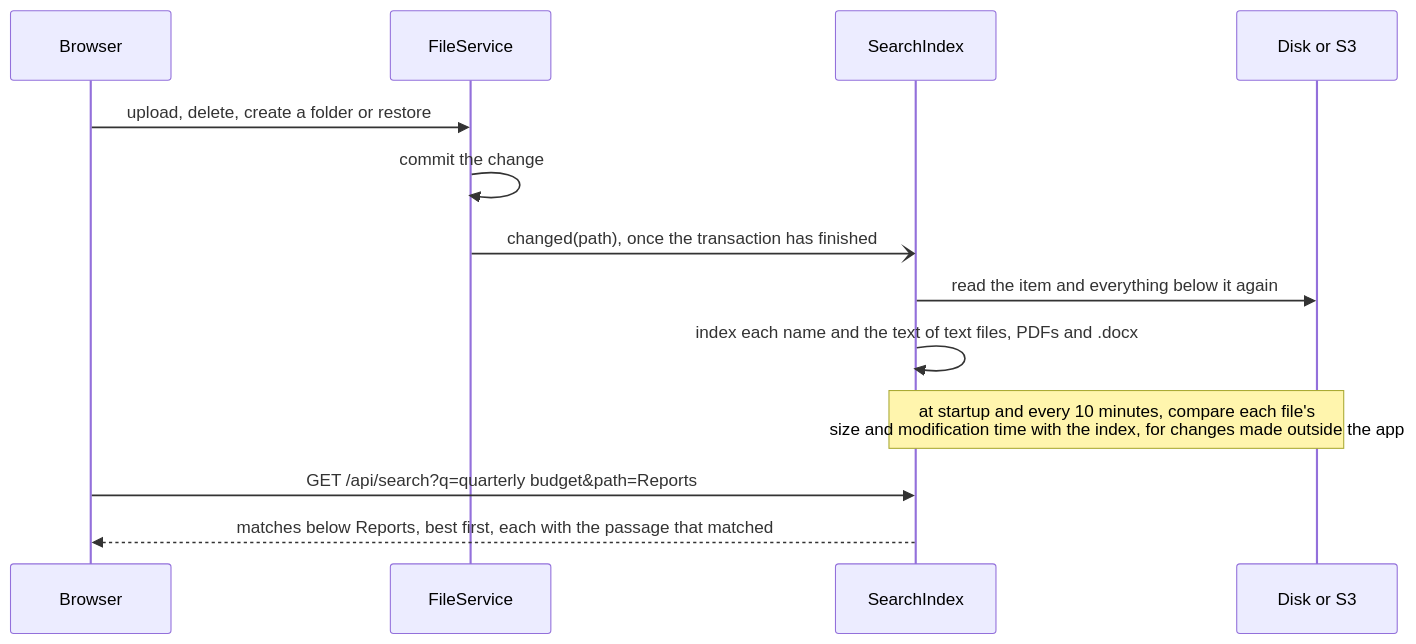
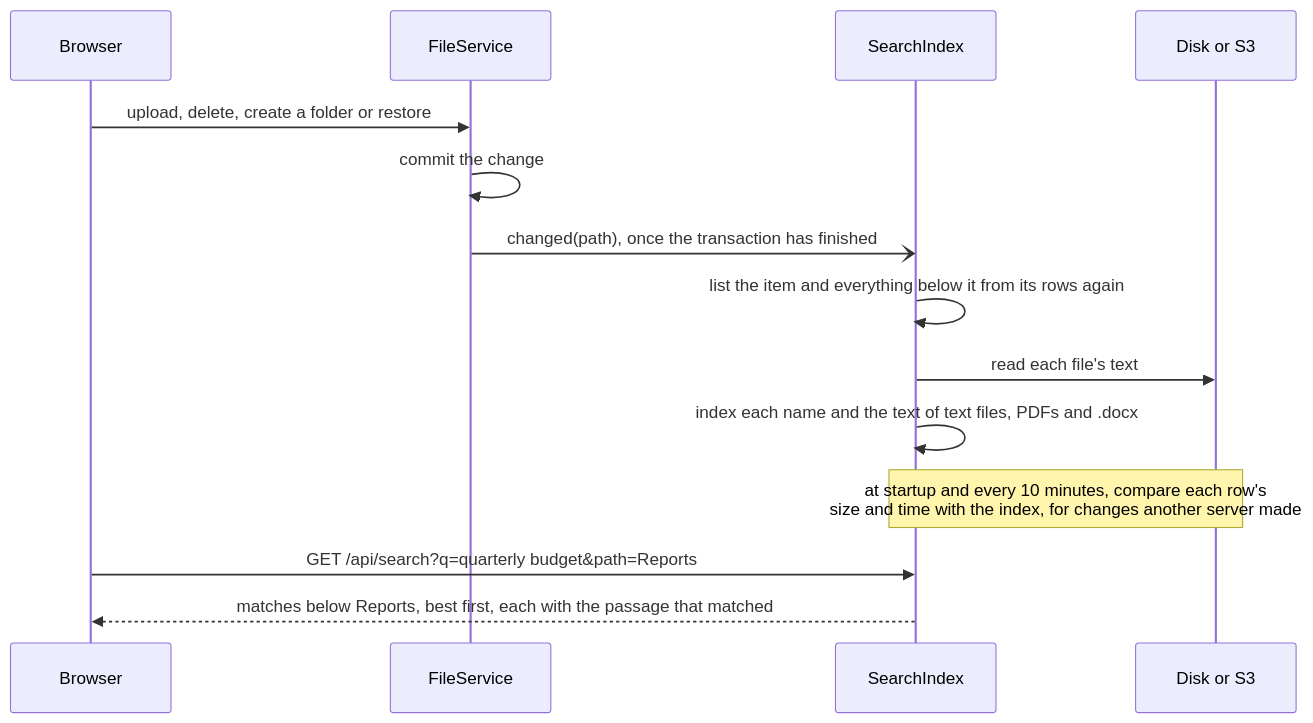
One commit to mevcaus/JavaDropbox changed the fifth of 6 diagrams in README.md. Above: the diagram before and after it, drawn with Mermaid. The commit also changed other lines of this file and 27 other files, not shown here.

Commit message:
list folder zips and search from rows instead of walking the store

````diff
--- a/README.md
+++ b/README.md
@@ -231,16 +231,17 @@
 ```mermaid
 sequenceDiagram
     participant B as Browser
     participant F as FileService
     participant I as SearchIndex
     participant D as Disk or S3
 
     B->>F: upload, delete, create a folder or restore
     F->>F: commit the change
     F-)I: changed(path), once the transaction has finished
-    I->>D: read the item and everything below it again
+    I->>I: list the item and everything below it from its rows again
+    I->>D: read each file's text
     I->>I: index each name and the text of text files, PDFs and .docx
-    Note over I,D: at startup and every 10 minutes, compare each file's<br/>size and modification time with the index, for changes made outside the app
+    Note over I,D: at startup and every 10 minutes, compare each row's<br/>size and time with the index, for changes another server made
     B->>I: GET /api/search?q=quarterly budget&path=Reports
     I-->>B: matches below Reports, best first, each with the passage that matched
 ```
````
